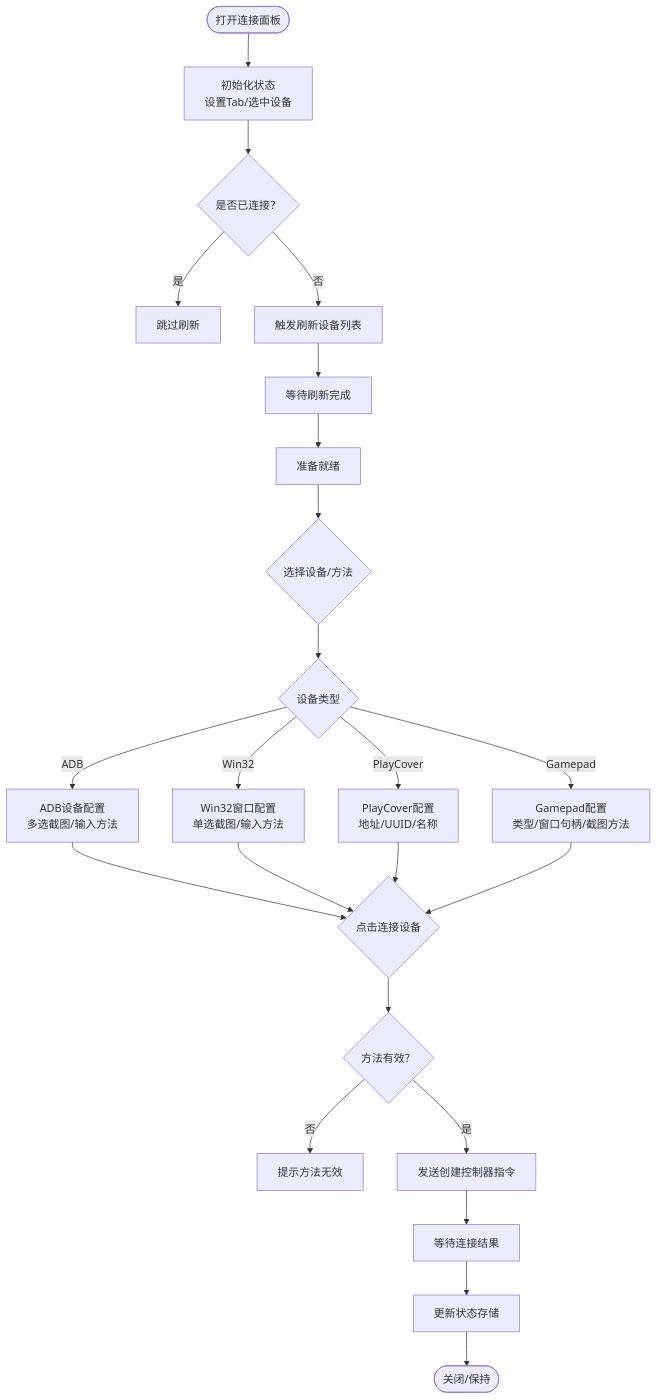
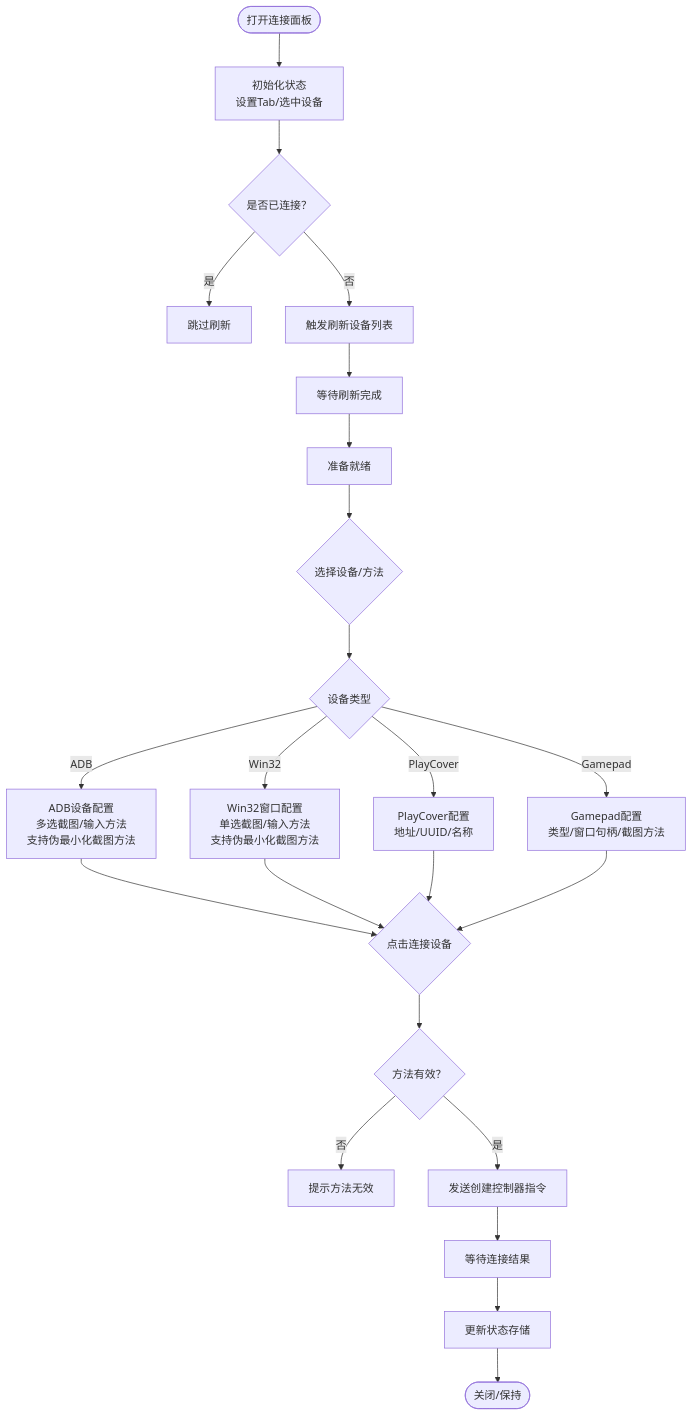
The third of 8 diagrams in .qoder/repowiki/zh/content/核心概念/连接面板.md (kqcoxn/MaaPipelineEditor), drawn with Mermaid before and after one commit. The commit also changed other lines of this file and 14 other files, not shown here.

````diff
--- a/.qoder/repowiki/zh/content/核心概念/连接面板.md
+++ b/.qoder/repowiki/zh/content/核心概念/连接面板.md
@@ -207,25 +210,25 @@
 ```mermaid
 flowchart TD
 Start(["打开连接面板"]) --> Init["初始化状态<br/>设置Tab/选中设备"]
 Init --> Refresh{"是否已连接？"}
 Refresh --> |是| Skip["跳过刷新"]
 Refresh --> |否| DoRefresh["触发刷新设备列表"]
 DoRefresh --> Wait["等待刷新完成"]
 Wait --> Ready["准备就绪"]
 Ready --> Choose{"选择设备/方法"}
 Choose --> Type{"设备类型"}
-Type --> |ADB| ADBConfig["ADB设备配置<br/>多选截图/输入方法"]
-Type --> |Win32| Win32Config["Win32窗口配置<br/>单选截图/输入方法"]
+Type --> |ADB| ADBConfig["ADB设备配置<br/>多选截图/输入方法<br/>支持伪最小化截图方法"]
+Type --> |Win32| Win32Config["Win32窗口配置<br/>单选截图/输入方法<br/>支持伪最小化截图方法"]
 Type --> |PlayCover| PCConfig["PlayCover配置<br/>地址/UUID/名称"]
 Type --> |Gamepad| GPConfig["Gamepad配置<br/>类型/窗口句柄/截图方法"]
 ADBConfig --> Connect{"点击"连接设备""}
 Win32Config --> Connect
 PCConfig --> Connect
 GPConfig --> Connect
 Connect --> Valid{"方法有效？"}
 Valid --> |否| Warn["提示方法无效"]
 Valid --> |是| Send["发送创建控制器指令"]
 Send --> Status["等待连接结果"]
 Status --> Done["更新状态存储"]
 Done --> End(["关闭/保持"])
 ```
````
